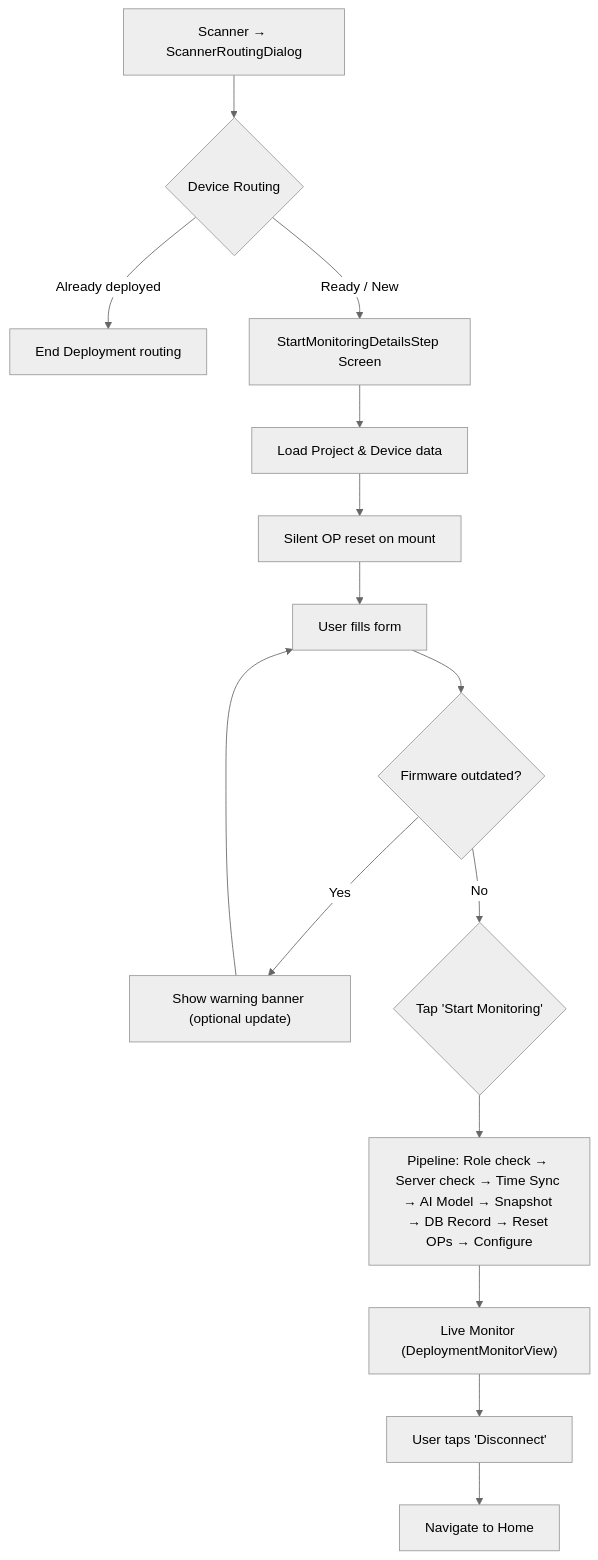
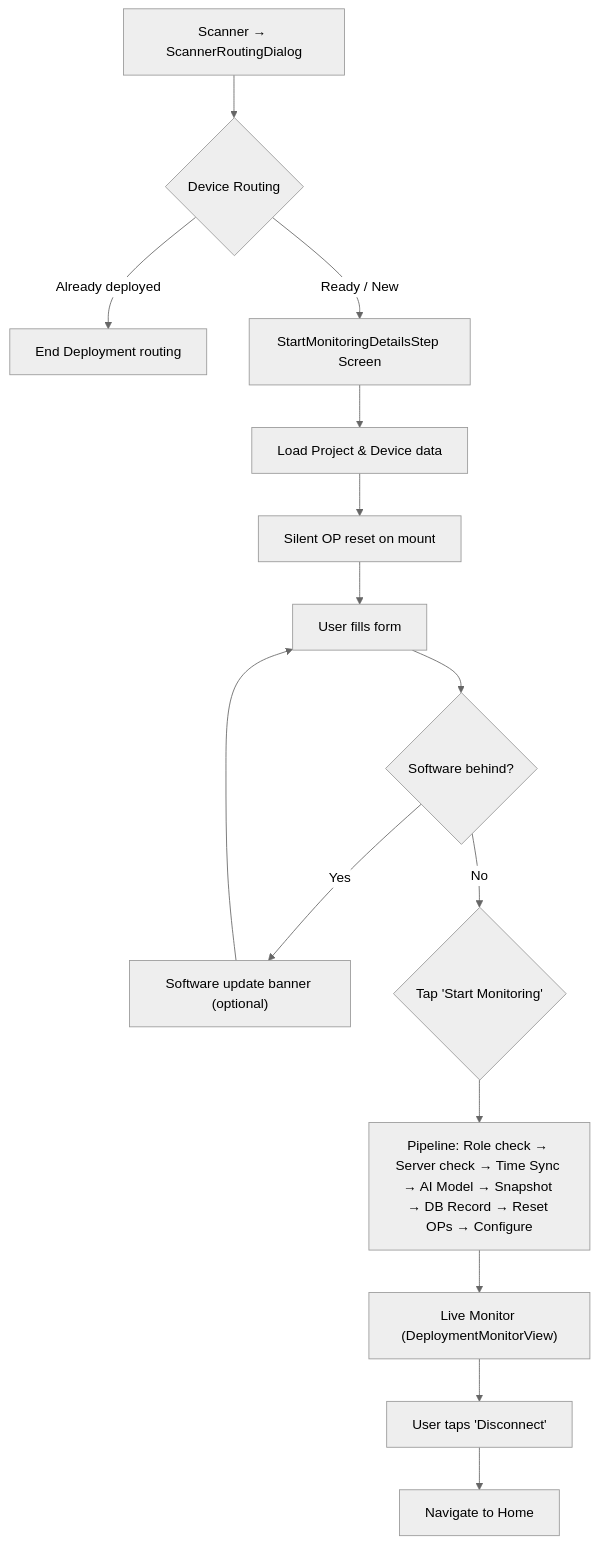
One commit to wildlifeai/ww-mobile-app changed the second of 3 diagrams in documentation/onboarding/05-DEVICE-FLOWS.md. Above: the diagram before and after it, drawn with Mermaid (neutral theme). The commit also changed other lines of this file and 23 other files, not shown here.

````diff
--- a/documentation/onboarding/05-DEVICE-FLOWS.md
+++ b/documentation/onboarding/05-DEVICE-FLOWS.md
@@ -81,18 +81,18 @@
 ```mermaid
 flowchart TD
     A["Scanner → ScannerRoutingDialog"] --> B{"Device Routing"}
     B -- "Already deployed" --> C["End Deployment routing"]
     B -- "Ready / New" --> D["StartMonitoringDetailsStep Screen"]
     
     D --> E["Load Project & Device data"]
     E --> F["Silent OP reset on mount"]
     F --> G["User fills form"]
-    G --> H{"Firmware outdated?"}
-    H -- Yes --> I["Show warning banner (optional update)"]
+    G --> H{"Software behind?"}
+    H -- Yes --> I["Software update banner (optional)"]
     I --> G
     H -- No --> J{"Tap 'Start Monitoring'"}
     J --> K["Pipeline: Role check → Server check → Time Sync → AI Model → Snapshot → DB Record → Reset OPs → Configure"]
     K --> L["Live Monitor (DeploymentMonitorView)"]
     L --> M["User taps 'Disconnect'"]
     M --> N["Navigate to Home"]
 ```
````
